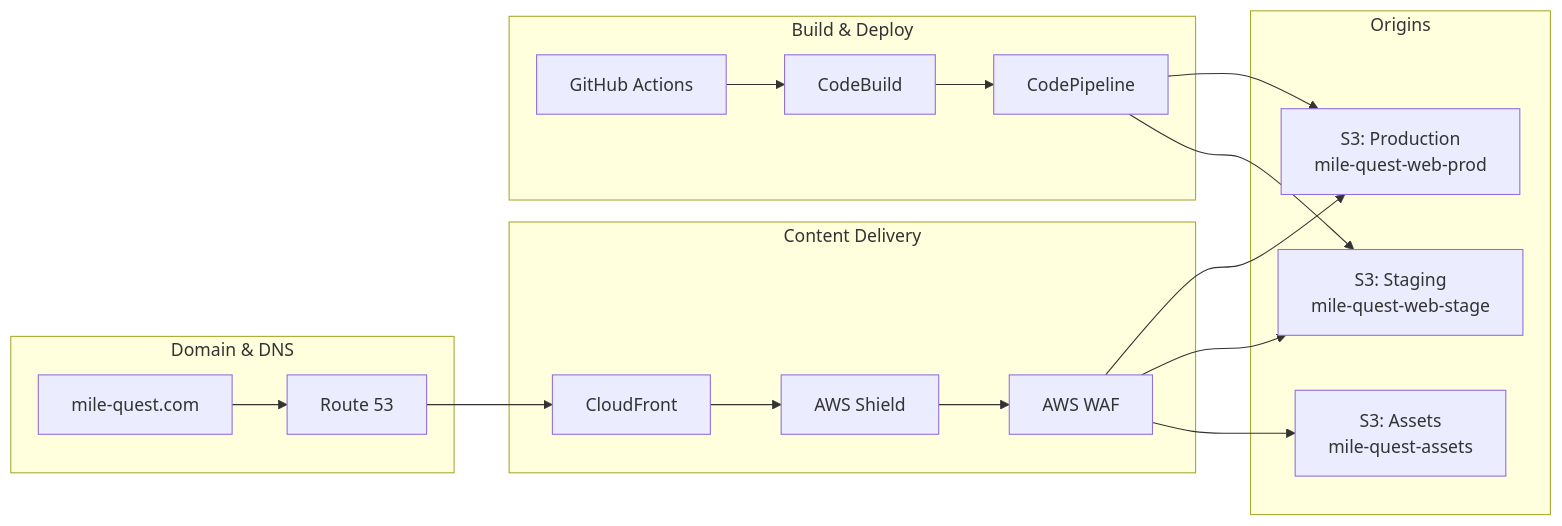
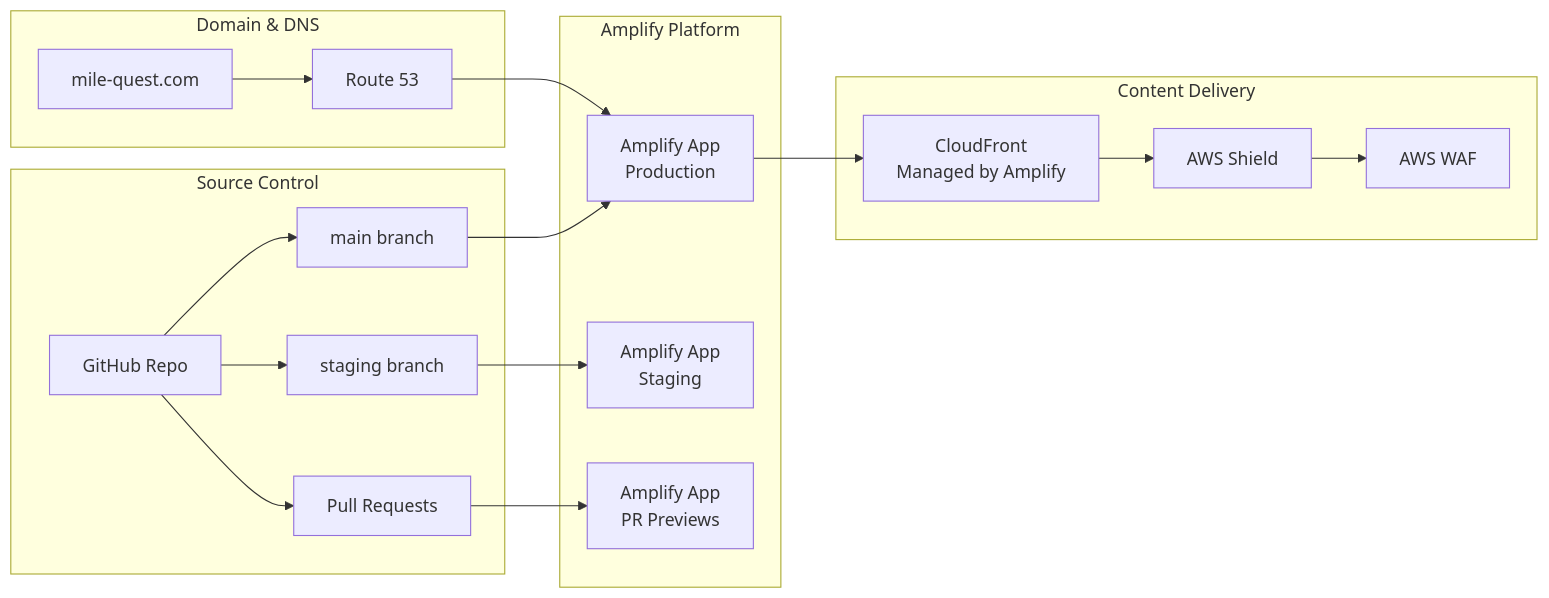
The second of 9 diagrams in docs/agents/01-architecture/infrastructure-diagram.md (bailedk/mile-quest), drawn with Mermaid before and after one commit. The commit also changed other lines of this file and 7 other files, not shown here.

First line of the commit message:
Update architecture to use AWS Amplify as primary hosting solution

````diff
--- a/docs/agents/01-architecture/infrastructure-diagram.md
+++ b/docs/agents/01-architecture/infrastructure-diagram.md
@@ -84,37 +85,39 @@
 ```mermaid
 graph LR
     subgraph "Domain & DNS"
         DOMAIN[mile-quest.com]
         R53[Route 53]
     end
     
+    subgraph "Amplify Platform"
+        AMP_PROD[Amplify App<br/>Production]
+        AMP_STAGE[Amplify App<br/>Staging]
+        AMP_PR[Amplify App<br/>PR Previews]
+    end
+    
     subgraph "Content Delivery"
-        CF[CloudFront]
+        CF[CloudFront<br/>Managed by Amplify]
         SHIELD[AWS Shield]
         WAF[AWS WAF]
     end
     
-    subgraph "Origins"
-        S3_PROD[S3: Production<br/>mile-quest-web-prod]
-        S3_STAGE[S3: Staging<br/>mile-quest-web-stage]
-        S3_ASSETS[S3: Assets<br/>mile-quest-assets]
-    end
-    
-    subgraph "Build & Deploy"
-        GH[GitHub Actions]
-        CB[CodeBuild]
-        CP[CodePipeline]
+    subgraph "Source Control"
+        GH[GitHub Repo]
+        MAIN[main branch]
+        STAGE[staging branch]
+        PR[Pull Requests]
     end
     
     DOMAIN --> R53
-    R53 --> CF
+    R53 --> AMP_PROD
+    AMP_PROD --> CF
     CF --> SHIELD
     SHIELD --> WAF
-    WAF --> S3_PROD
-    WAF --> S3_STAGE
-    WAF --> S3_ASSETS
-    GH --> CB
-    CB --> CP
-    CP --> S3_PROD
-    CP --> S3_STAGE
+    
+    GH --> MAIN
+    GH --> STAGE
+    GH --> PR
+    MAIN --> AMP_PROD
+    STAGE --> AMP_STAGE
+    PR --> AMP_PR
 ```
````
